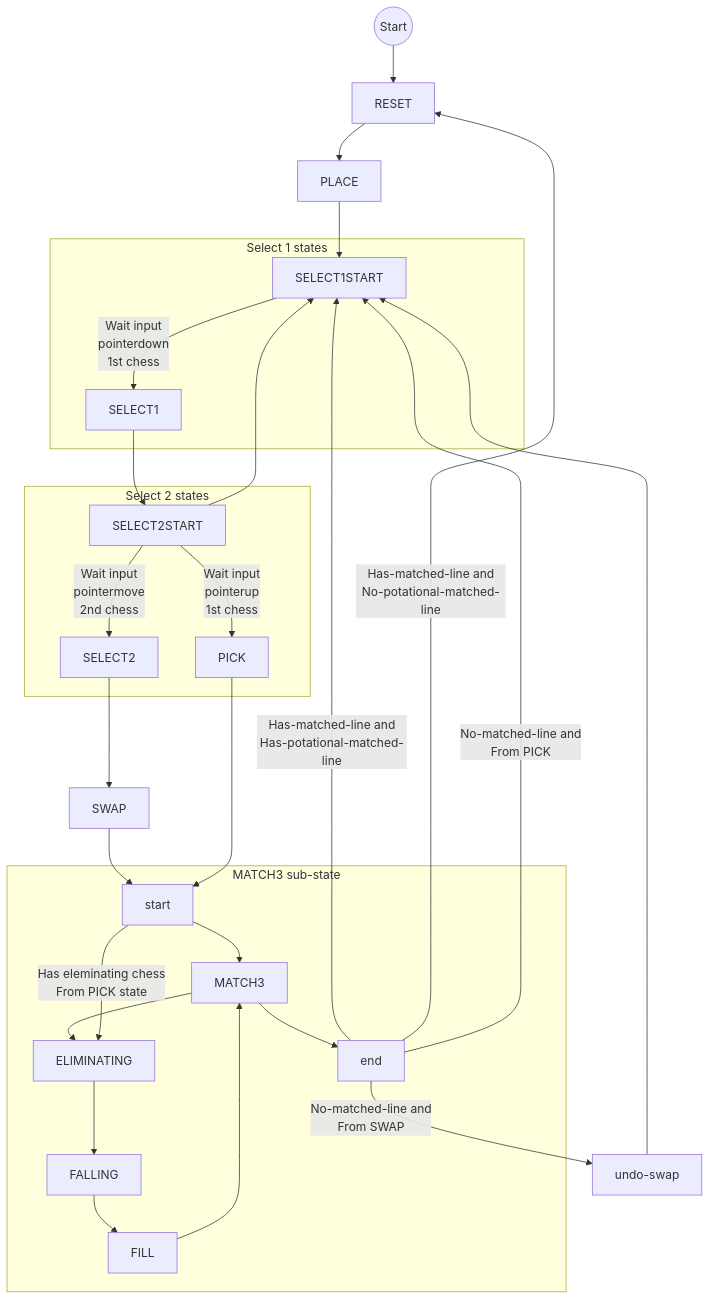
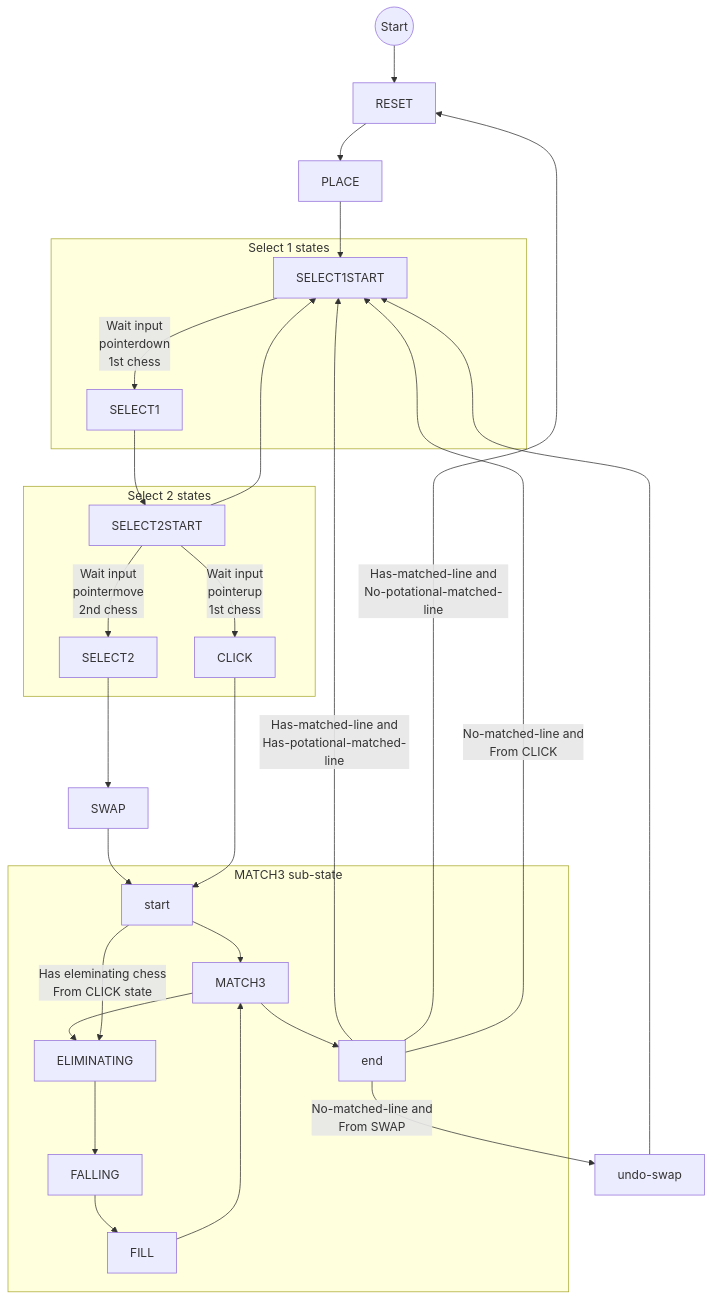
Before and after one commit to rexrainbow/phaser3-rex-notes: the diagram in docs/docs/board-bejeweled.md, drawn with Mermaid. The commit also changed other lines of this file and 5 other files, not shown here.

````diff
--- a/docs/docs/board-bejeweled.md
+++ b/docs/docs/board-bejeweled.md
@@ -210,41 +223,41 @@
 ```mermaid
 graph TD
 
 Start((Start)) --> RESET --> PLACE
 
 PLACE --> SELECT1START
 
 subgraph Select 1 states
   SELECT1START --> |Wait input<br>pointerdown<br>1st chess| SELECT1
 end
 
 SELECT1 --> SELECT2START
 
 subgraph Select 2 states
   SELECT2START --> |Wait input<br>pointermove<br>2nd chess| SELECT2
-  SELECT2START --> |Wait input<br>pointerup<br>1st chess| PICK
+  SELECT2START --> |Wait input<br>pointerup<br>1st chess| CLICK
 end
 
 SELECT2START --> SELECT1START
 SELECT2 --> SWAP
 SWAP --> MatchStart[start]
 
 subgraph MATCH3 sub-state
   MatchStart --> MATCH3
   MATCH3 --> ELIMINATING
   MATCH3 --> MatchEnd[end]
   ELIMINATING --> FALLING
   FALLING --> FILL
   FILL --> MATCH3
 
-  MatchStart --> |Has eleminating chess<br>From PICK state| ELIMINATING
+  MatchStart --> |Has eleminating chess<br>From CLICK state| ELIMINATING
 end
 
-PICK --> MatchStart[start]
+CLICK --> MatchStart[start]
 
 MatchEnd --> |No-matched-line and<br>From SWAP| UndoSwap[undo-swap] --> SELECT1START
 MatchEnd --> |Has-matched-line and<br>Has-potational-matched-line| SELECT1START
 MatchEnd --> |Has-matched-line and<br>No-potational-matched-line| RESET
-MatchEnd --> |No-matched-line and<br>From PICK| SELECT1START
+MatchEnd --> |No-matched-line and<br>From CLICK| SELECT1START
 
 ```
````
